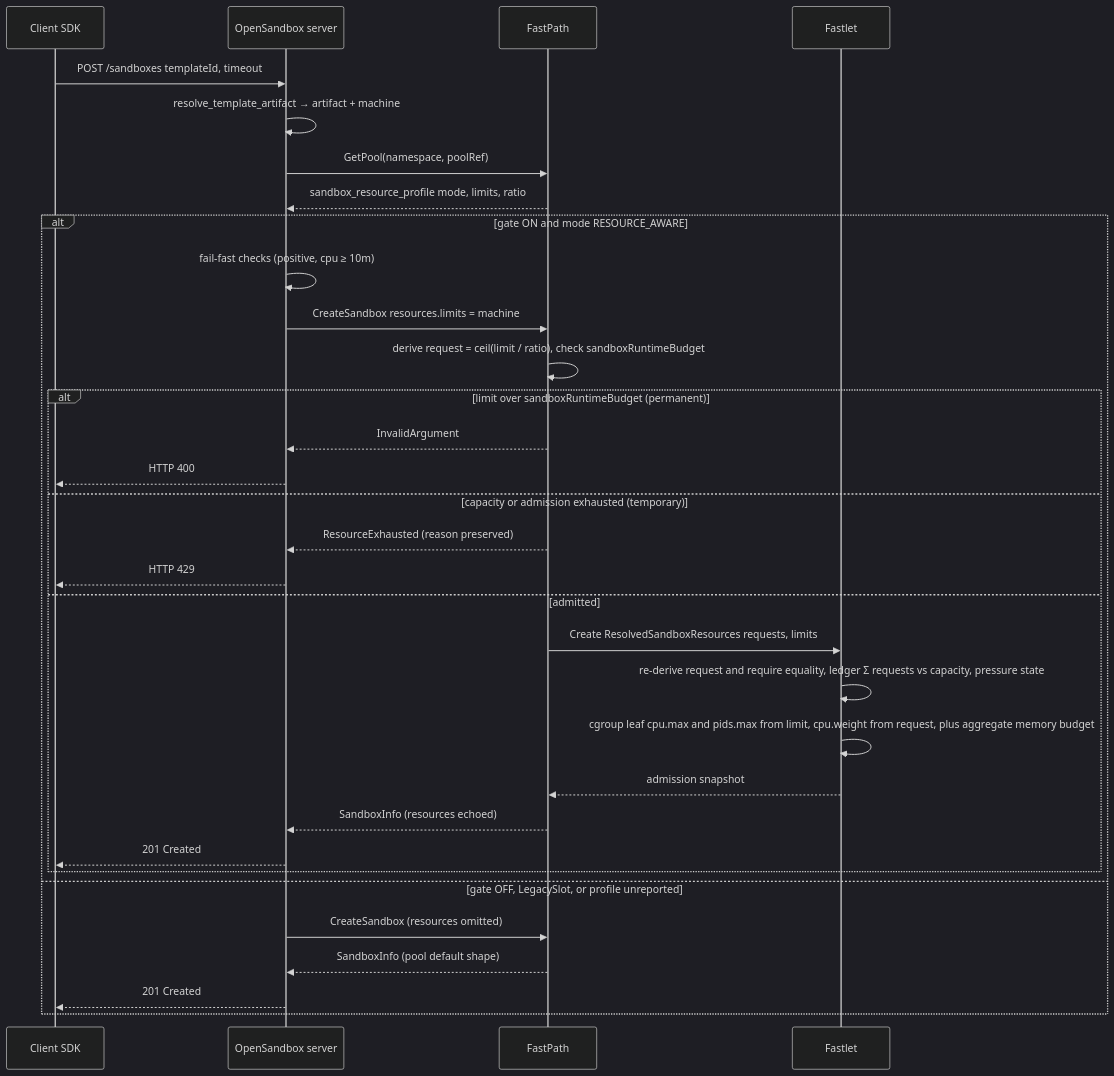
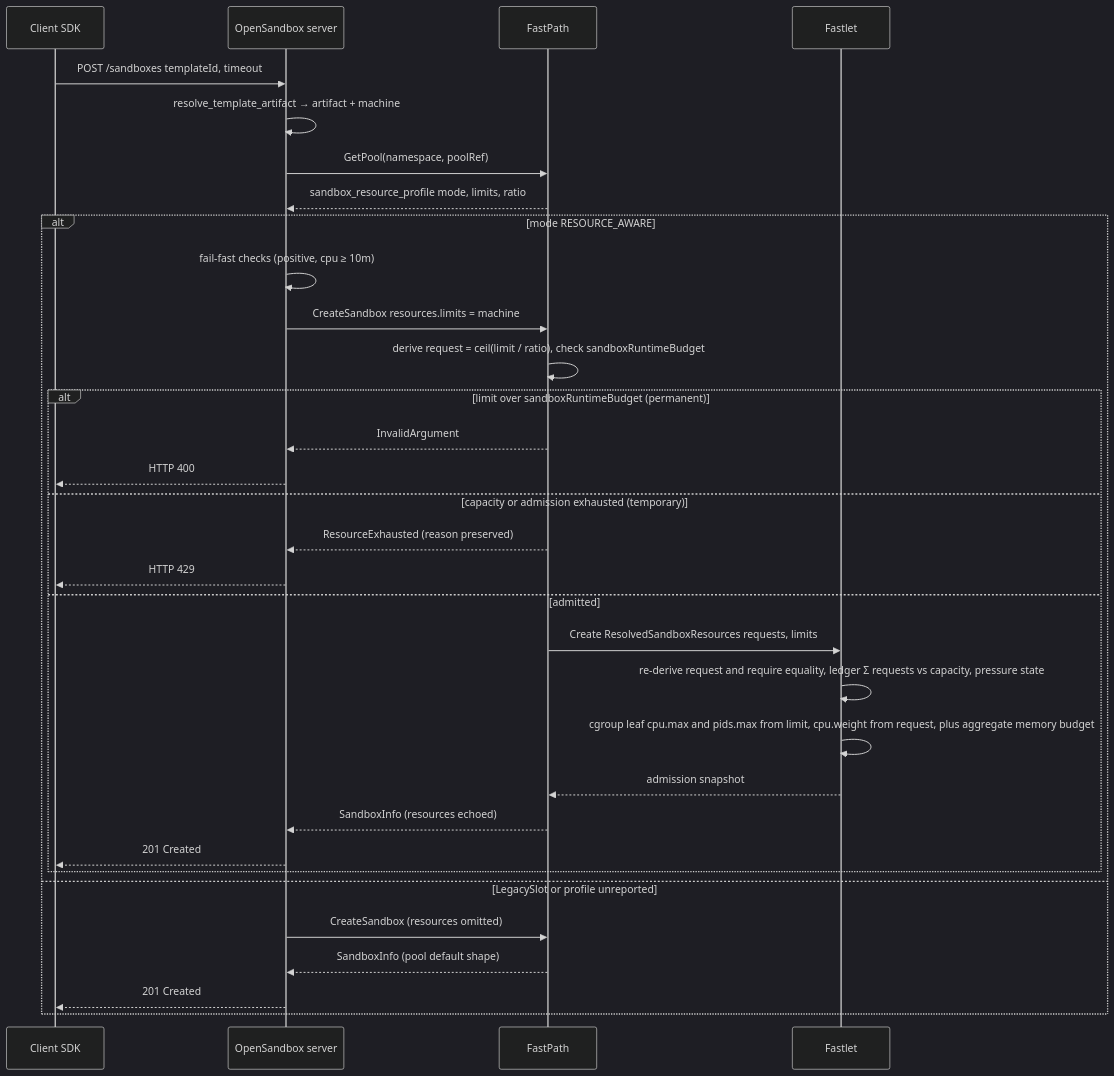
Before and after one commit to opensandbox-group/OpenSandbox: the second of 2 diagrams in oseps/0026-resource-oversubscription-accounting-for-fast-sandbox.md, drawn with Mermaid (dark theme). The commit also changed other lines of this file and 6 other files, not shown here.

First line of the commit message:
refactor(server): drive template resource forwarding purely by pool mode

````diff
--- a/oseps/0026-resource-oversubscription-accounting-for-fast-sandbox.md
+++ b/oseps/0026-resource-oversubscription-accounting-for-fast-sandbox.md
@@ -102,35 +102,35 @@
 ```mermaid
 sequenceDiagram
     participant C as Client SDK
     participant S as OpenSandbox server
     participant FP as FastPath
     participant FL as Fastlet
 
     C->>S: POST /sandboxes templateId, timeout
     S->>S: resolve_template_artifact → artifact + machine
     S->>FP: GetPool(namespace, poolRef)
     FP-->>S: sandbox_resource_profile mode, limits, ratio
-    alt gate ON and mode RESOURCE_AWARE
+    alt mode RESOURCE_AWARE
         S->>S: fail-fast checks (positive, cpu ≥ 10m)
         S->>FP: CreateSandbox resources.limits = machine
         FP->>FP: derive request = ceil(limit / ratio), check sandboxRuntimeBudget
         alt limit over sandboxRuntimeBudget (permanent)
             FP-->>S: InvalidArgument
             S-->>C: HTTP 400
         else capacity or admission exhausted (temporary)
             FP-->>S: ResourceExhausted (reason preserved)
             S-->>C: HTTP 429
         else admitted
             FP->>FL: Create ResolvedSandboxResources requests, limits
             FL->>FL: re-derive request and require equality, ledger Σ requests vs capacity, pressure state
             FL->>FL: cgroup leaf cpu.max and pids.max from limit, cpu.weight from request, plus aggregate memory budget
             FL-->>FP: admission snapshot
             FP-->>S: SandboxInfo (resources echoed)
             S-->>C: 201 Created
         end
-    else gate OFF, LegacySlot, or profile unreported
+    else LegacySlot or profile unreported
         S->>FP: CreateSandbox (resources omitted)
         FP-->>S: SandboxInfo (pool default shape)
         S-->>C: 201 Created
     end
 ```
````
